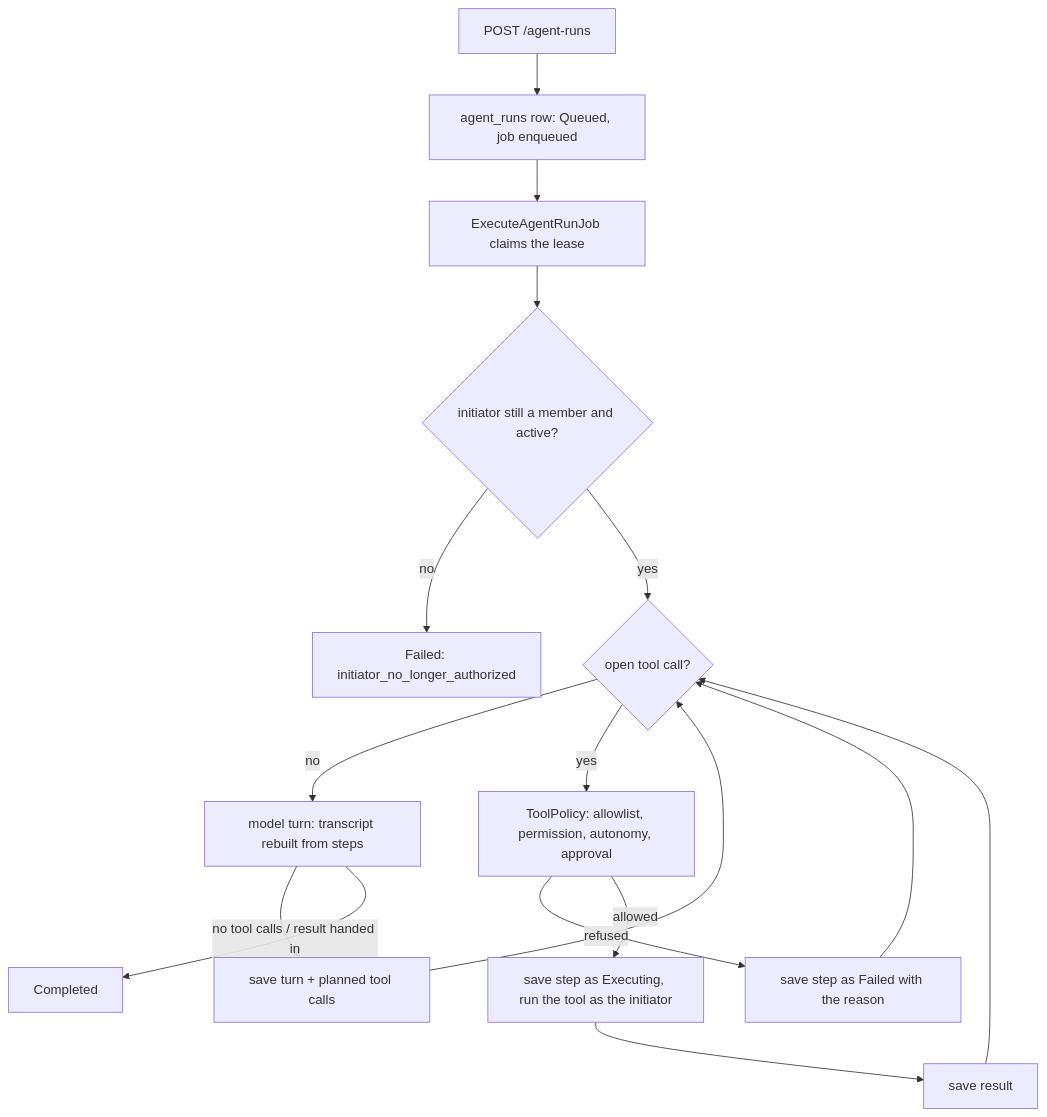
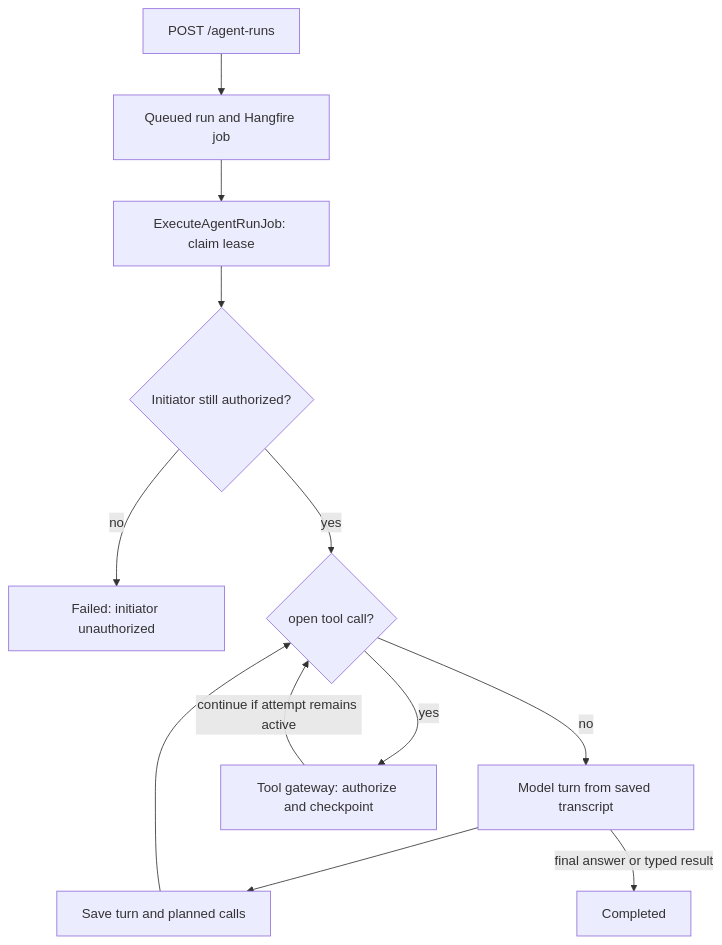
The first of 3 diagrams in wiki/Modules/Agentic.md (mhasabalah/StarterKit), drawn with Mermaid before and after one commit. The commit also changed other lines of this file and 152 other files, not shown here.

Commit message:
feat(docs): add Fumadocs V2 and standardize diagrams

````diff
--- a/wiki/Modules/Agentic.md
+++ b/wiki/Modules/Agentic.md
@@ -65,18 +65,19 @@
 ```mermaid
 flowchart TB
-  U[POST /agent-runs] --> Q[agent_runs row: Queued, job enqueued]
-  Q --> J[ExecuteAgentRunJob claims the lease]
-  J --> P{initiator still a member and active?}
-  P -- no --> F1[Failed: initiator_no_longer_authorized]
+  accTitle: How a run executes
+  accDescr: This view covers how a run executes; see the surrounding documentation for scope and operational details.
+  U[POST /agent-runs] --> Q[Queued run and Hangfire job]
+  Q --> J[ExecuteAgentRunJob: claim lease]
+  J --> P{Initiator still authorized?}
+  P -- no --> F1[Failed: initiator unauthorized]
   P -- yes --> L{open tool call?}
-  L -- no --> M[model turn: transcript rebuilt from steps]
-  M --> S1[save turn + planned tool calls]
+  L -- no --> M[Model turn from saved transcript]
+  M --> S1[Save turn and planned calls]
   S1 --> L
-  L -- yes --> D[ToolPolicy: allowlist, permission, autonomy, approval]
-  D -- refused --> S2[save step as Failed with the reason]
-  D -- allowed --> X[save step as Executing, run the tool as the initiator]
-  X --> S2b[save result]
-  S2 --> L
-  S2b --> L
-  M -- no tool calls / result handed in --> C[Completed]
+  L -- yes --> D[Tool gateway: authorize and checkpoint]
+  D -->|continue if attempt remains active| L
+  M -- final answer or typed result --> C[Completed]
+  class U api
+  class Q,S1 data
+  class J,P,F1,L,M,D,C application
 ```
````
